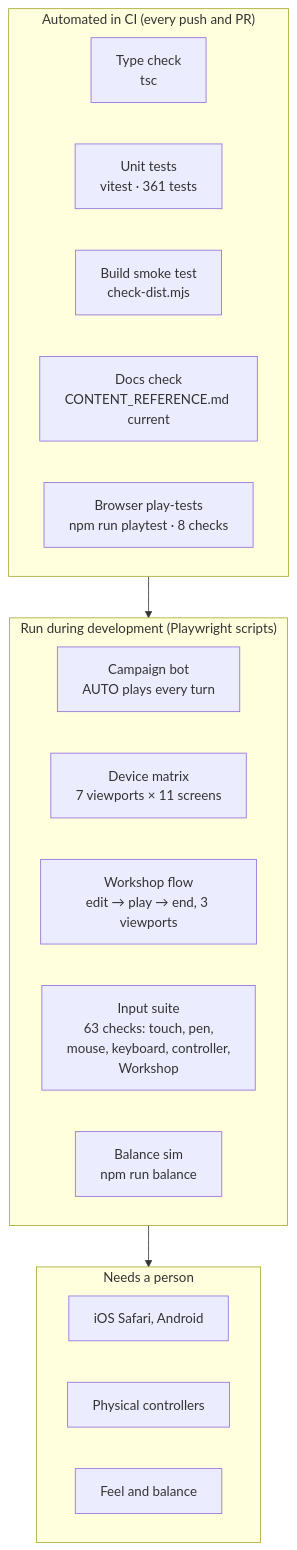
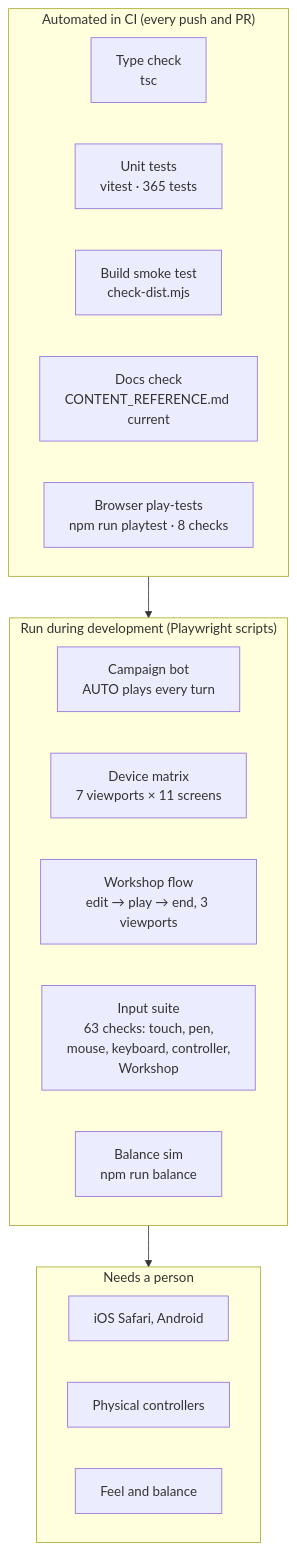
One commit to CptNope/Chess-RPG-Tactics changed the diagram in docs/TESTING.md. Above: the diagram before and after it, drawn with Mermaid. The commit also changed other lines of this file and 25 other files, not shown here.

````diff
--- a/docs/TESTING.md
+++ b/docs/TESTING.md
@@ -9,23 +9,23 @@
 ```mermaid
 flowchart TB
     subgraph Auto["Automated in CI (every push and PR)"]
         T1["Type check<br/>tsc"]
-        T2["Unit tests<br/>vitest · 361 tests"]
+        T2["Unit tests<br/>vitest · 365 tests"]
         T3["Build smoke test<br/>check-dist.mjs"]
         T4["Docs check<br/>CONTENT_REFERENCE.md current"]
         T5["Browser play-tests<br/>npm run playtest · 8 checks"]
     end
     subgraph Dev["Run during development (Playwright scripts)"]
         P1["Campaign bot<br/>AUTO plays every turn"]
         P2["Device matrix<br/>7 viewports × 11 screens"]
         P4["Workshop flow<br/>edit → play → end, 3 viewports"]
         P3["Input suite<br/>63 checks: touch, pen,<br/>mouse, keyboard, controller,<br/>Workshop"]
         P5["Balance sim<br/>npm run balance"]
     end
     subgraph Human["Needs a person"]
         H1["iOS Safari, Android"]
         H2["Physical controllers"]
         H3["Feel and balance"]
     end
     Auto --> Dev --> Human
 ```
````
